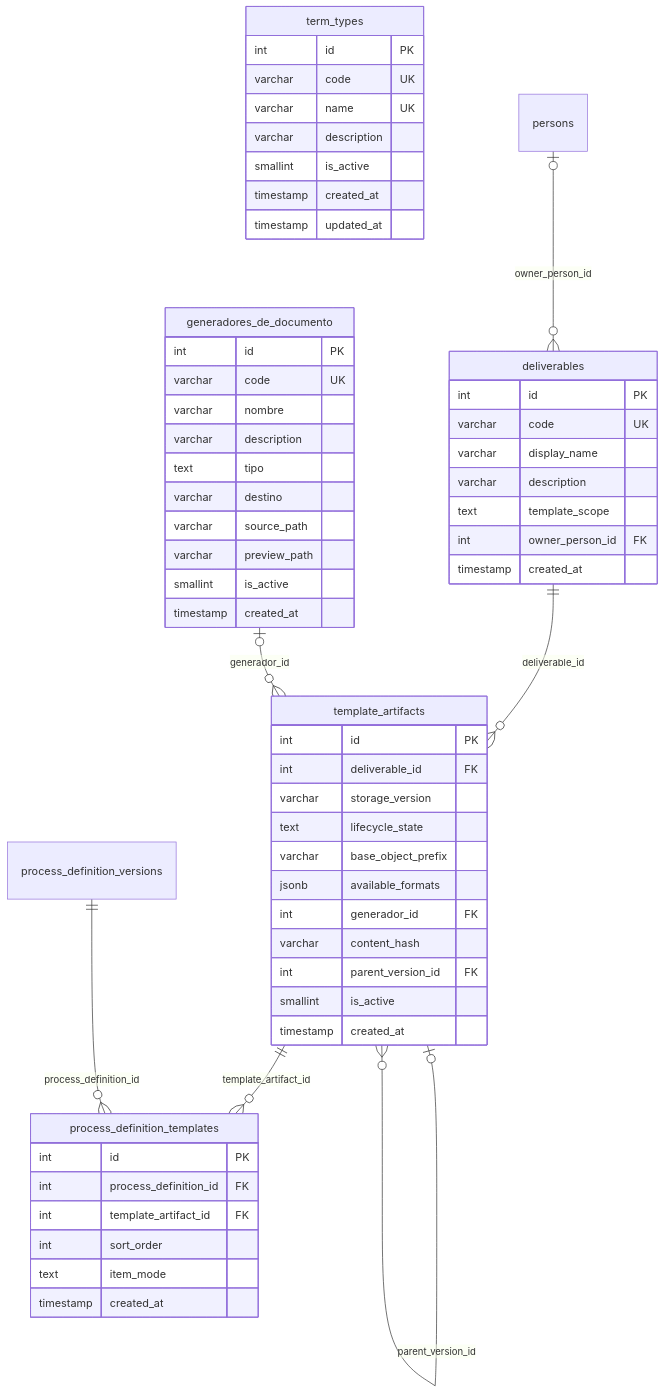
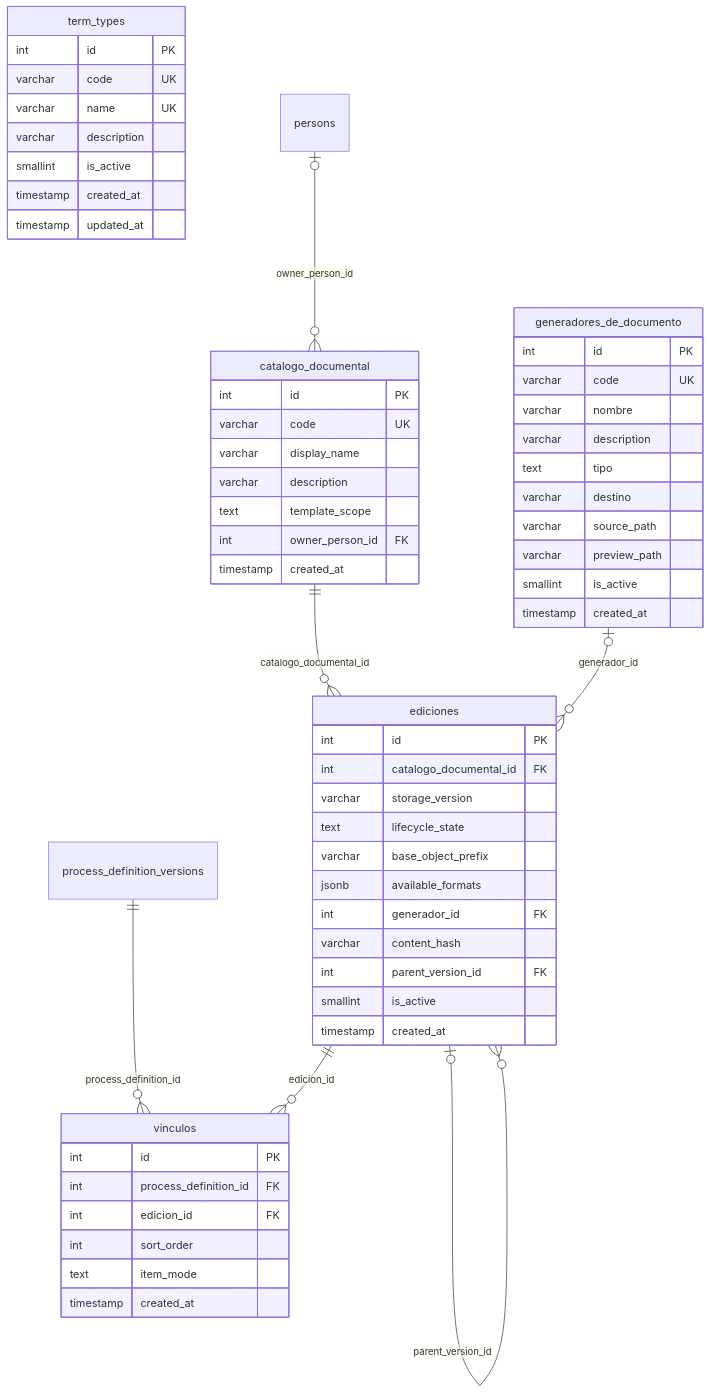
The third of 10 diagrams in docs/src/content/docs/modelo/mapa-con-campos.md (fresvel/deasy), drawn with Mermaid before and after one commit. The commit also changed other lines of this file and 172 other files, not shown here.

````diff
--- a/docs/src/content/docs/modelo/mapa-con-campos.md
+++ b/docs/src/content/docs/modelo/mapa-con-campos.md
@@ -225,61 +225,61 @@
 ```mermaid
 erDiagram
   %% generado por scripts/docs/gen-mapa-campos.mjs: no se edita a mano
   term_types {
     int id PK
     varchar code UK
     varchar name UK
     varchar description
     smallint is_active
     timestamp created_at
     timestamp updated_at
   }
-  deliverables {
+  catalogo_documental {
     int id PK
     varchar code UK
     varchar display_name
     varchar description
     text template_scope
     int owner_person_id FK
     timestamp created_at
   }
-  template_artifacts {
+  ediciones {
     int id PK
-    int deliverable_id FK
+    int catalogo_documental_id FK
     varchar storage_version
     text lifecycle_state
     varchar base_object_prefix
     jsonb available_formats
     int generador_id FK
     varchar content_hash
     int parent_version_id FK
     smallint is_active
     timestamp created_at
   }
   generadores_de_documento {
     int id PK
     varchar code UK
     varchar nombre
     varchar description
     text tipo
     varchar destino
     varchar source_path
     varchar preview_path
     smallint is_active
     timestamp created_at
   }
-  process_definition_templates {
+  vinculos {
     int id PK
     int process_definition_id FK
-    int template_artifact_id FK
+    int edicion_id FK
     int sort_order
     text item_mode
     timestamp created_at
   }
-  persons |o--o{ deliverables : "owner_person_id"
-  template_artifacts ||--o{ process_definition_templates : "template_artifact_id"
-  process_definition_versions ||--o{ process_definition_templates : "process_definition_id"
-  deliverables ||--o{ template_artifacts : "deliverable_id"
-  generadores_de_documento |o--o{ template_artifacts : "generador_id"
-  template_artifacts |o--o{ template_artifacts : "parent_version_id"
+  persons |o--o{ catalogo_documental : "owner_person_id"
+  catalogo_documental ||--o{ ediciones : "catalogo_documental_id"
+  generadores_de_documento |o--o{ ediciones : "generador_id"
+  ediciones |o--o{ ediciones : "parent_version_id"
+  process_definition_versions ||--o{ vinculos : "process_definition_id"
+  ediciones ||--o{ vinculos : "edicion_id"
 ```
````
